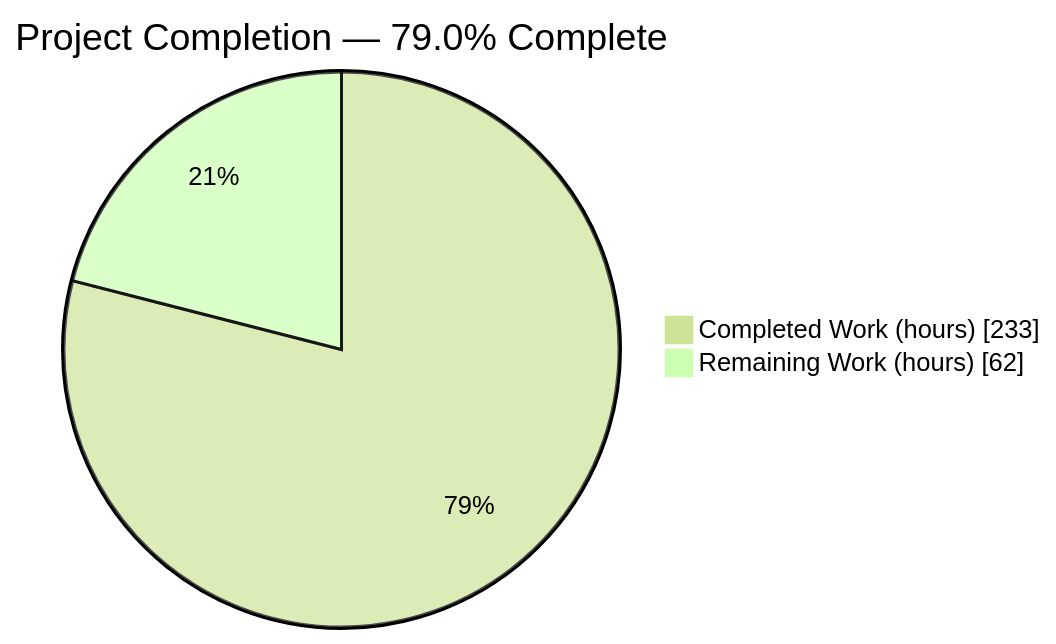
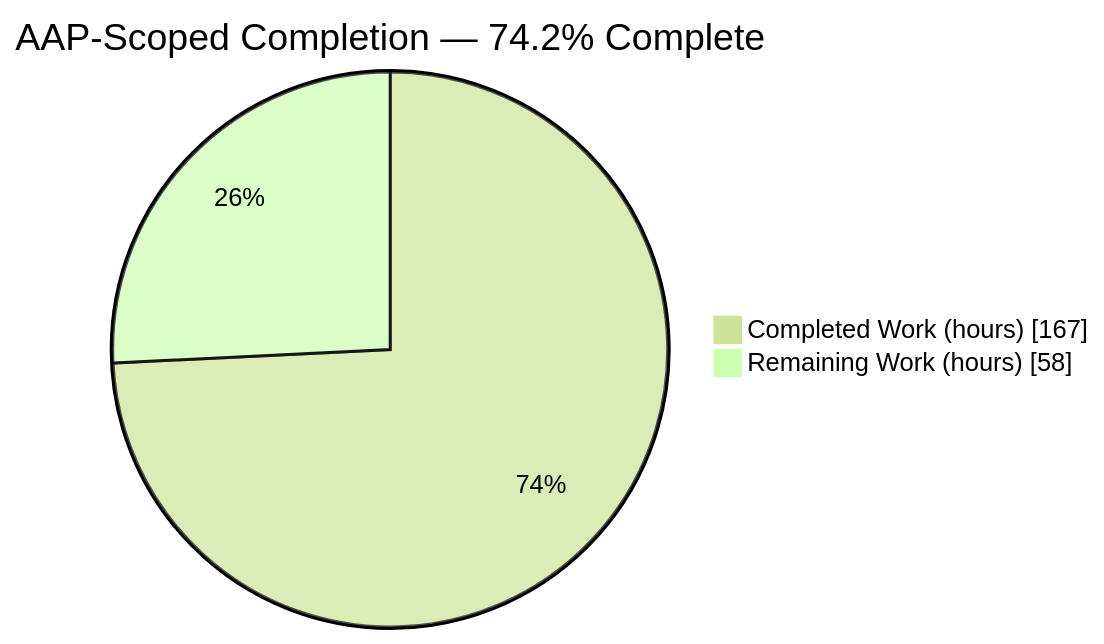
One commit to Blitzy-Sandbox/blitzy-odoo changed the first of 5 diagrams in blitzy/documentation/Project Guide.md. Above: the diagram before and after it, drawn with Mermaid (forest theme). The commit also changed other lines of this file, not shown here.

Commit message:
Adding Blitzy Project Guide: Project Status and Human Tasks Remaining

````diff
--- a/blitzy/documentation/Project Guide.md
+++ b/blitzy/documentation/Project Guide.md
@@ -9,5 +9,5 @@
 ```mermaid
-pie showData title Project Completion — 79.0% Complete
-    "Completed Work (hours)" : 233
-    "Remaining Work (hours)" : 62
+pie showData title AAP-Scoped Completion — 74.2% Complete
+    "Completed Work (hours)" : 167
+    "Remaining Work (hours)" : 58
 ```
````
